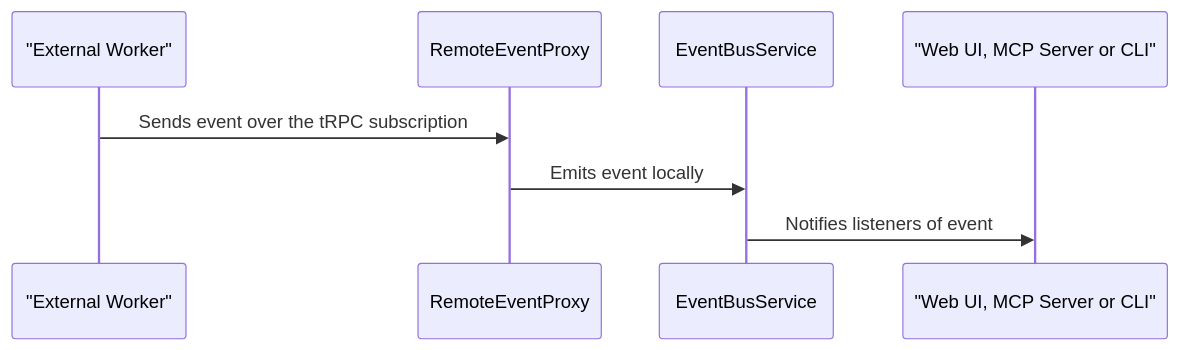
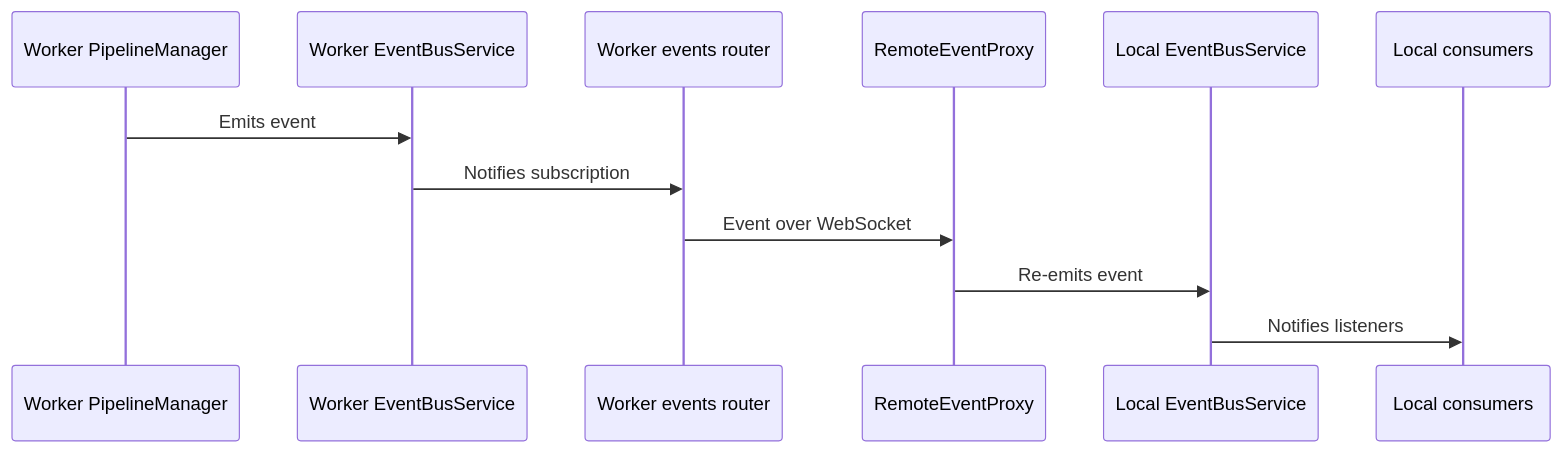
Before and after one commit to arabold/docs-mcp-server: the second of 2 diagrams in docs/concepts/eventbus-architecture.md, drawn with Mermaid. The commit also changed other lines of this file and 32 other files, not shown here.

````diff
--- a/docs/concepts/eventbus-architecture.md
+++ b/docs/concepts/eventbus-architecture.md
@@ -55,11 +49,15 @@
 ```mermaid
 sequenceDiagram
-    participant WorkerProcess as "External Worker"
-    participant RemoteEventProxy
-    participant EventBusService
-    participant Consumers as "Web UI, MCP Server or CLI"
+    participant WPM as Worker PipelineManager
+    participant WBus as Worker EventBusService
+    participant WRouter as Worker events router
+    participant Proxy as RemoteEventProxy
+    participant Bus as Local EventBusService
+    participant Consumers as Local consumers
 
-    WorkerProcess->>RemoteEventProxy: Sends event over the tRPC subscription
-    RemoteEventProxy->>EventBusService: Emits event locally
-    EventBusService->>Consumers: Notifies listeners of event
+    WPM->>WBus: Emits event
+    WBus->>WRouter: Notifies subscription
+    WRouter->>Proxy: Event over WebSocket
+    Proxy->>Bus: Re-emits event
+    Bus->>Consumers: Notifies listeners
 ```
````
